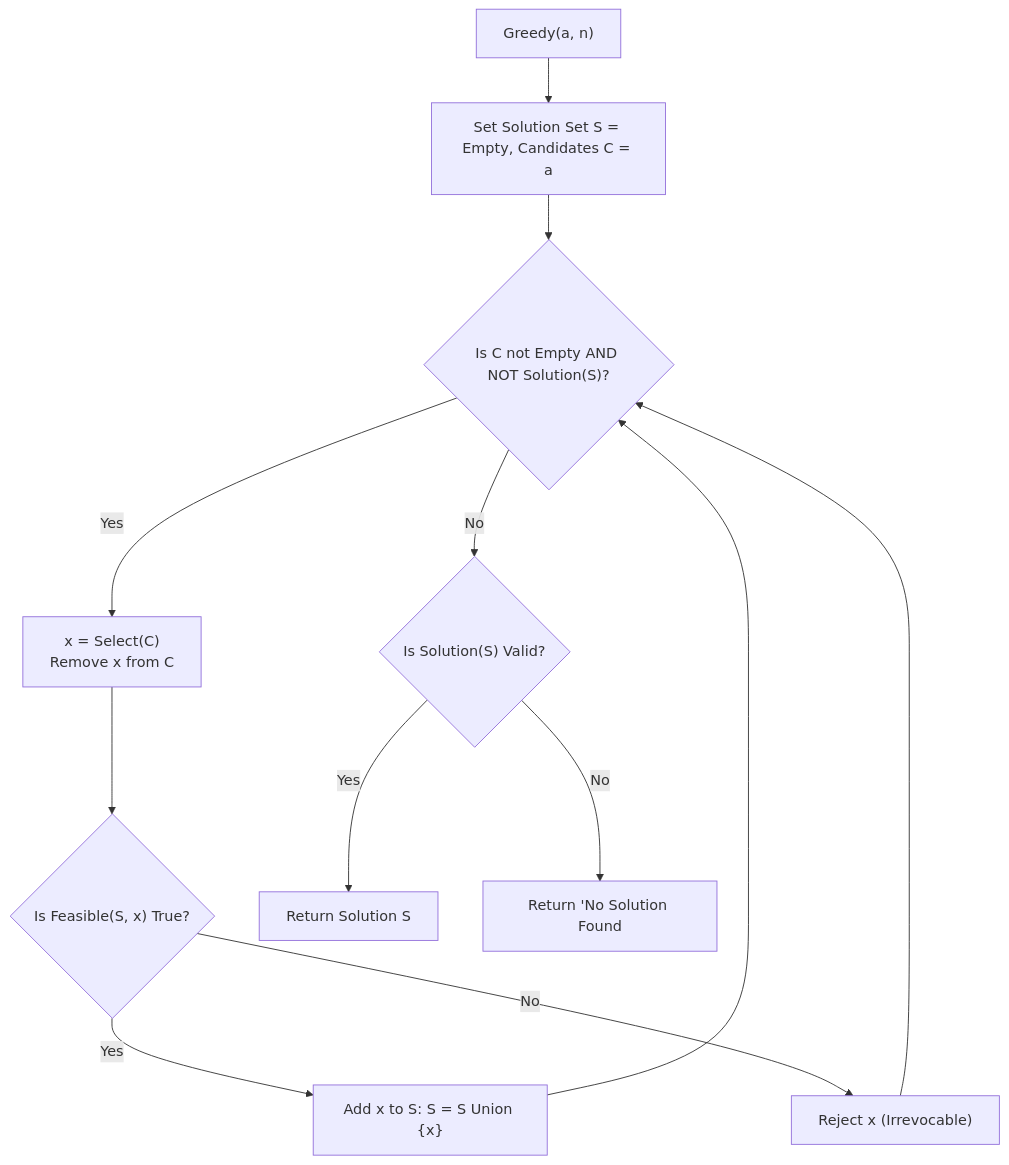
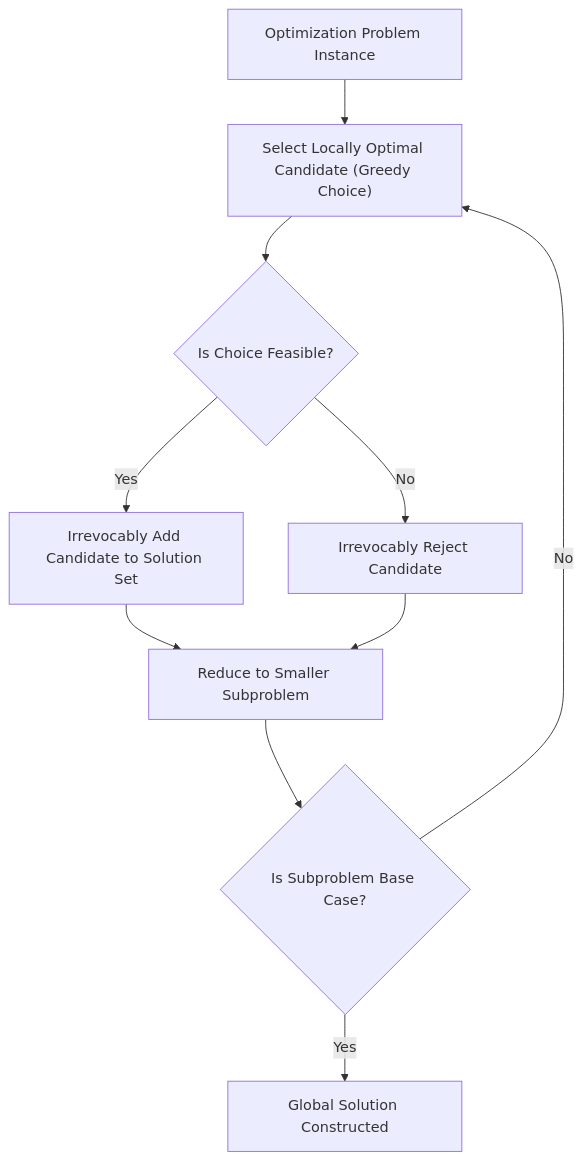
The first of 3 diagrams in notes/design_and_analysis_of_algorithms/Unit_05_Greedy_Algorithms.md (DeepLumiere/DeepSkills), drawn with Mermaid before and after one commit. The commit also changed other lines of this file and 2 other files, not shown here.

Commit message:
docs: enhance DAA Unit-III and Unit-V notes with full coverage, diagrams and widgets

````diff
--- a/notes/design_and_analysis_of_algorithms/Unit_05_Greedy_Algorithms.md
+++ b/notes/design_and_analysis_of_algorithms/Unit_05_Greedy_Algorithms.md
@@ -39,12 +28,11 @@
 ```mermaid
 flowchart TD
-    Start["Greedy(a, n)"] --> Init["Set Solution Set S = Empty, Candidates C = a"]
-    Init --> Loop{"Is C not Empty AND NOT Solution(S)?"}
-    Loop -- Yes --> Select["x = Select(C)<br>Remove x from C"]
-    Select --> Feasible{"Is Feasible(S, x) True?"}
-    Feasible -- Yes --> Add["Add x to S: S = S Union {x}"] --> Loop
-    Feasible -- No --> Reject["Reject x (Irrevocable)"] --> Loop
-    Loop -- No --> CheckSol{"Is Solution(S) Valid?"}
-    CheckSol -- Yes --> Return["Return Solution S"]
-    CheckSol -- No --> NoSol["Return 'No Solution Found"]
+    Start["Optimization Problem Instance"] --> LocalChoice["Select Locally Optimal Candidate (Greedy Choice)"]
+    LocalChoice --> FeasibilityCheck{"Is Choice Feasible?"}
+    FeasibilityCheck -- Yes --> Include["Irrevocably Add Candidate to Solution Set"]
+    FeasibilityCheck -- No --> Reject["Irrevocably Reject Candidate"]
+    Include & Reject --> Subproblem["Reduce to Smaller Subproblem"]
+    Subproblem --> Solved{"Is Subproblem Base Case?"}
+    Solved -- No --> LocalChoice
+    Solved -- Yes --> Done["Global Solution Constructed"]
 ```
````
